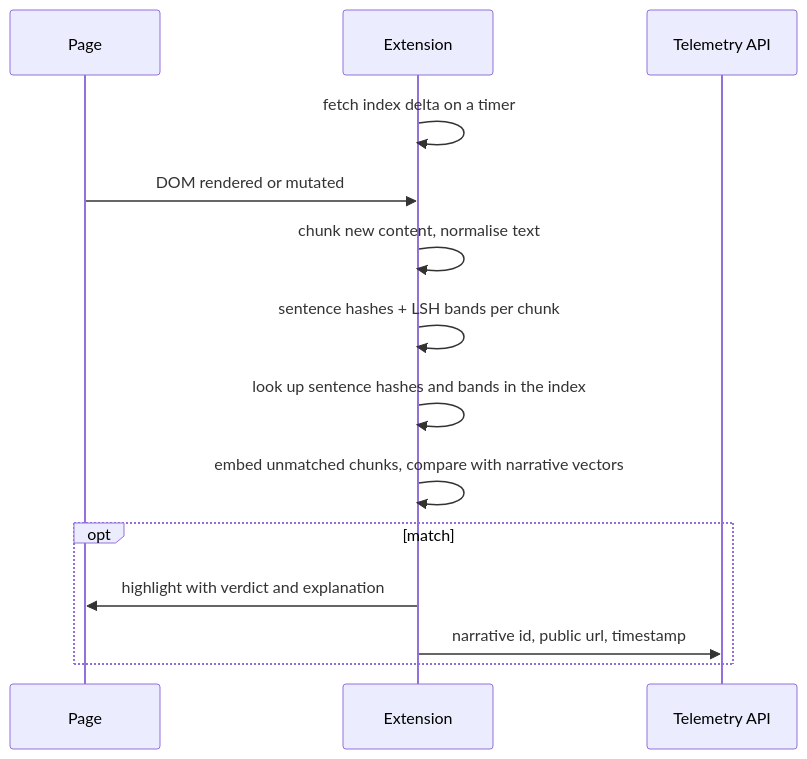
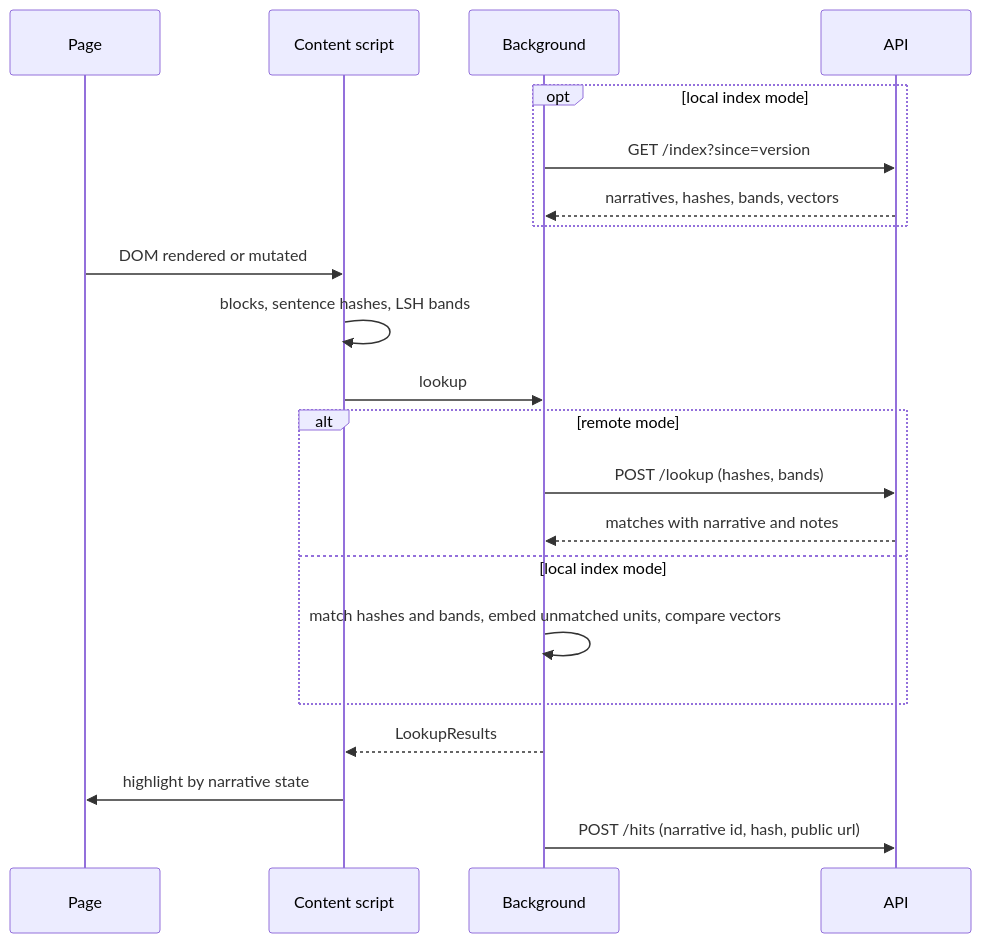
One commit to nlinnanen/konklaavi changed the first of 4 diagrams in docs/architecture.md. Above: the diagram before and after it, drawn with Mermaid. The commit also changed other lines of this file and 6 other files, not shown here.

````diff
--- a/docs/architecture.md
+++ b/docs/architecture.md
@@ -11,17 +11,24 @@
 ```mermaid
 sequenceDiagram
   participant Page
-  participant Ext as Extension
-  participant Tel as Telemetry API
+  participant CS as Content script
+  participant BG as Background
+  participant API
 
-  Ext->>Ext: fetch index delta on a timer
-  Page->>Ext: DOM rendered or mutated
-  Ext->>Ext: chunk new content, normalise text
-  Ext->>Ext: sentence hashes + LSH bands per chunk
-  Ext->>Ext: look up sentence hashes and bands in the index
-  Ext->>Ext: embed unmatched chunks, compare with narrative vectors
-  opt match
-    Ext->>Page: highlight with verdict and explanation
-    Ext->>Tel: narrative id, public url, timestamp
+  opt local index mode
+    BG->>API: GET /index?since=version
+    API-->>BG: narratives, hashes, bands, vectors
   end
+  Page->>CS: DOM rendered or mutated
+  CS->>CS: blocks, sentence hashes, LSH bands
+  CS->>BG: lookup
+  alt remote mode
+    BG->>API: POST /lookup (hashes, bands)
+    API-->>BG: matches with narrative and notes
+  else local index mode
+    BG->>BG: match hashes and bands, embed unmatched units, compare vectors
+  end
+  BG-->>CS: LookupResults
+  CS->>Page: highlight by narrative state
+  BG->>API: POST /hits (narrative id, hash, public url)
 ```
````
